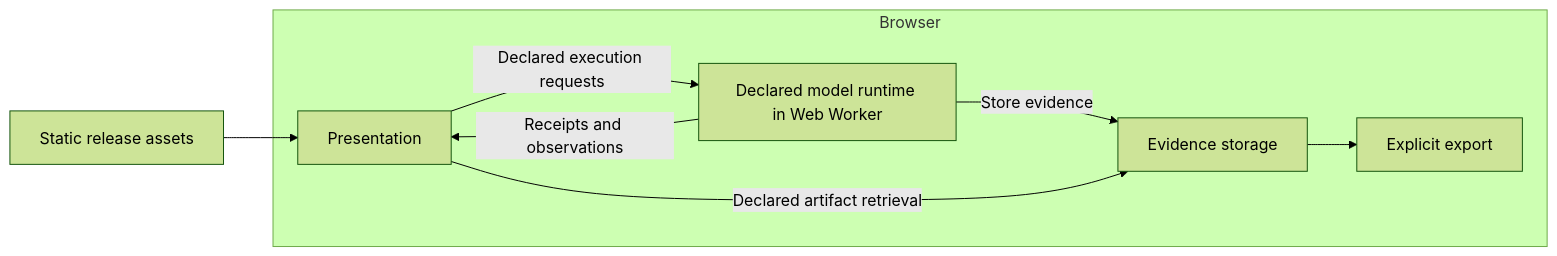
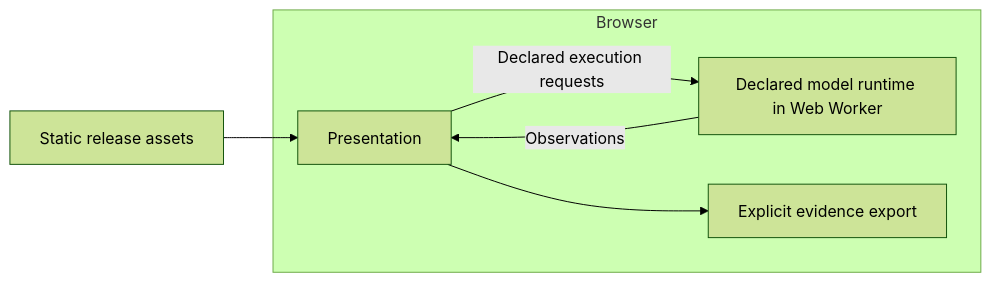
The diagram in docs/architecture/website.md (laosunhust/inside-inference), drawn with Mermaid (forest theme) before and after one commit. The commit also changed other lines of this file and 153 other files, not shown here.

````diff
--- a/docs/architecture/website.md
+++ b/docs/architecture/website.md
@@ -28,11 +30,9 @@
 ```mermaid
 flowchart LR
     Assets[Static release assets] --> UI
     subgraph Browser
         UI[Presentation] -->|Declared execution requests| Engine[Declared model runtime in Web Worker]
-        Engine -->|Receipts and observations| UI
-        Engine -->|Store evidence| Store[Evidence storage]
-        UI -->|Declared artifact retrieval| Store
-        Store --> Export[Explicit export]
+        Engine -->|Observations| UI
+        UI --> Export[Explicit evidence export]
     end
 ```
````
